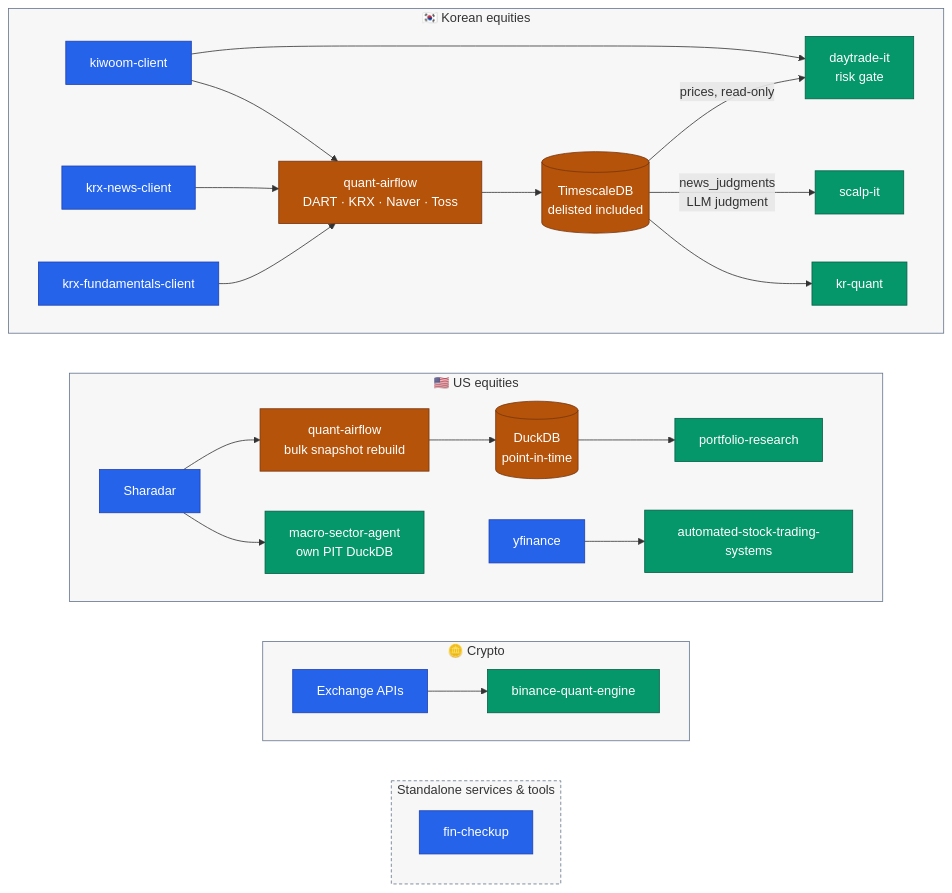
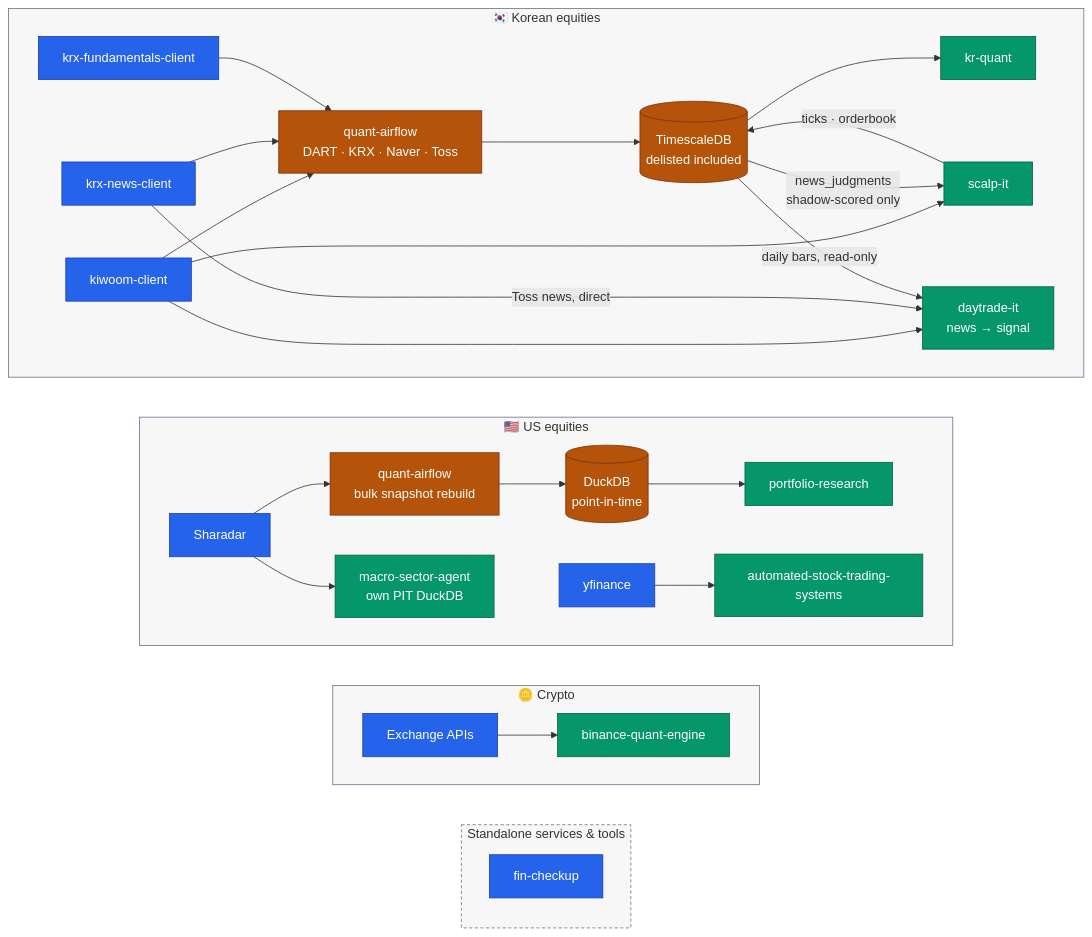
Before and after one commit to younghwan91/younghwan91: the first of 3 diagrams in README.md, drawn with Mermaid. The commit also changed other lines of this file and 1 other file, not shown here.

First line of the commit message:
docs(readme): daytrade-it 라이브 합류 반영 — 호스트·DB·계좌 관계를 다시 그린다

````diff
--- a/README.md
+++ b/README.md
@@ -21,45 +21,48 @@
 ```mermaid
 flowchart TB
     subgraph KR ["🇰🇷 Korean equities"]
         direction LR
         K["kiwoom-client"] --> AF["quant-airflow<br/>DART · KRX · Naver · Toss"] --> DB[("TimescaleDB<br/>delisted included")] --> Q["kr-quant"]
         NW["krx-news-client"] --> AF
         F["krx-fundamentals-client"] --> AF
-        DB -- "news_judgments<br/>LLM judgment" --> SC["scalp-it"]
-        DB -- "prices, read-only" --> KSIG["daytrade-it<br/>risk gate"]
-        K --> KSIG
+        K --> SC["scalp-it"]
+        SC -- "ticks · orderbook" --> DB
+        DB -- "news_judgments<br/>shadow-scored only" --> SC
+        K --> KSIG["daytrade-it<br/>news → signal"]
+        NW -- "Toss news, direct" --> KSIG
+        DB -- "daily bars, read-only" --> KSIG
     end
 
     subgraph US ["🇺🇸 US equities"]
         direction LR
         SH["Sharadar"] --> AFU["quant-airflow<br/>bulk snapshot rebuild"] --> DD[("DuckDB<br/>point-in-time")] --> O["portfolio-research"]
         SH --> MS["macro-sector-agent<br/>own PIT DuckDB"]
         YF["yfinance"] --> AT["automated-stock-trading-systems"]
     end
 
     subgraph CX ["🪙 Crypto"]
         direction LR
         EX["Exchange APIs"] --> CR["binance-quant-engine"]
     end
 
     subgraph SVC ["Standalone services & tools"]
         direction TB
         FC["fin-checkup"]
     end
 
     %% 세로 정렬용 — `~~~` 는 그 자체로 보이지 않는 링크다(linkStyle 불필요).
     KR ~~~ US ~~~ CX ~~~ SVC
 
     classDef source fill:#2563EB,stroke:#1E40AF,color:#FFFFFF
     classDef move   fill:#B45309,stroke:#78350F,color:#FFFFFF
     classDef out    fill:#059669,stroke:#065F46,color:#FFFFFF
 
     class K,SH,YF,EX,F,NW,FC source
     class AF,AFU,DB,DD move
     class Q,O,AT,CR,SC,MS,KSIG out
 
     style KR  fill:#0F172A08,stroke:#64748B
     style US  fill:#0F172A08,stroke:#64748B
     style CX  fill:#0F172A08,stroke:#64748B
     style SVC fill:#0F172A08,stroke:#64748B,stroke-dasharray:4 3
 ```
````
